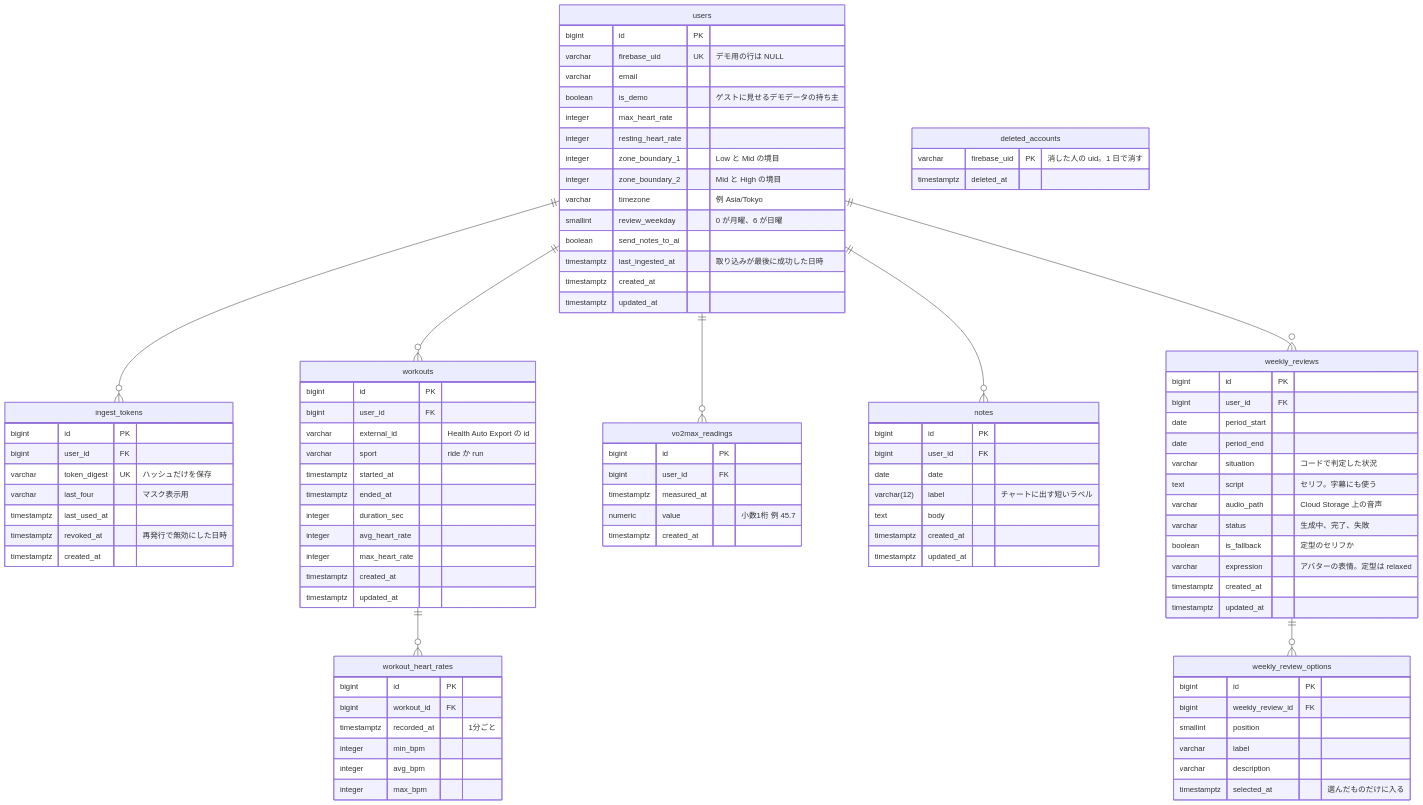
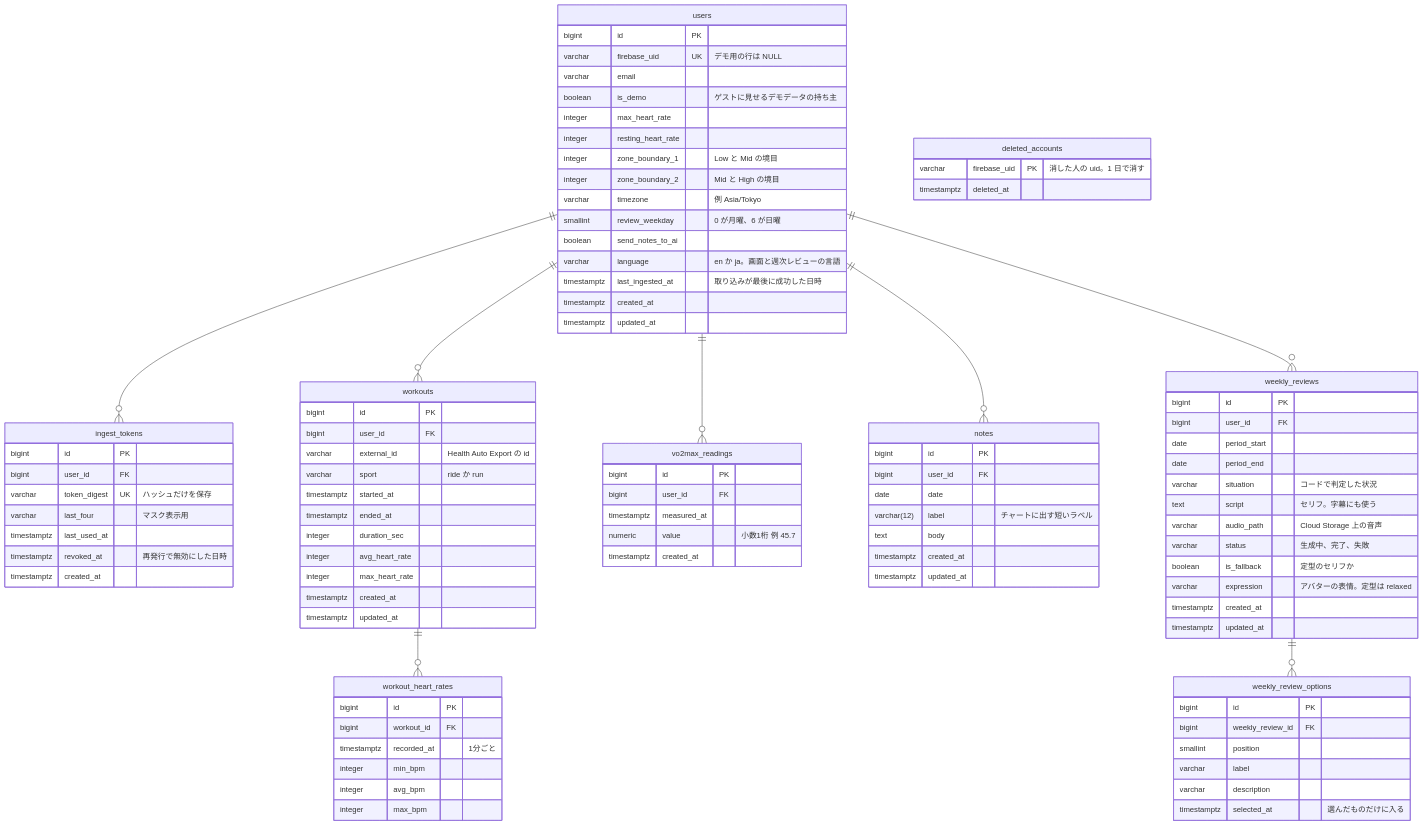
The diagram in docs/er-diagram.md (d-station-grid/loadline), drawn with Mermaid before and after one commit. The commit also changed 19 other files, not shown here.

```diff
--- a/docs/er-diagram.md
+++ b/docs/er-diagram.md
@@ -27,6 +27,7 @@
     varchar timezone "例 Asia/Tokyo"
     smallint review_weekday "0 が月曜、6 が日曜"
     boolean send_notes_to_ai
+    varchar language "en か ja。画面と週次レビューの言語"
     timestamptz last_ingested_at "取り込みが最後に成功した日時"
     timestamptz created_at
     timestamptz updated_at
```
